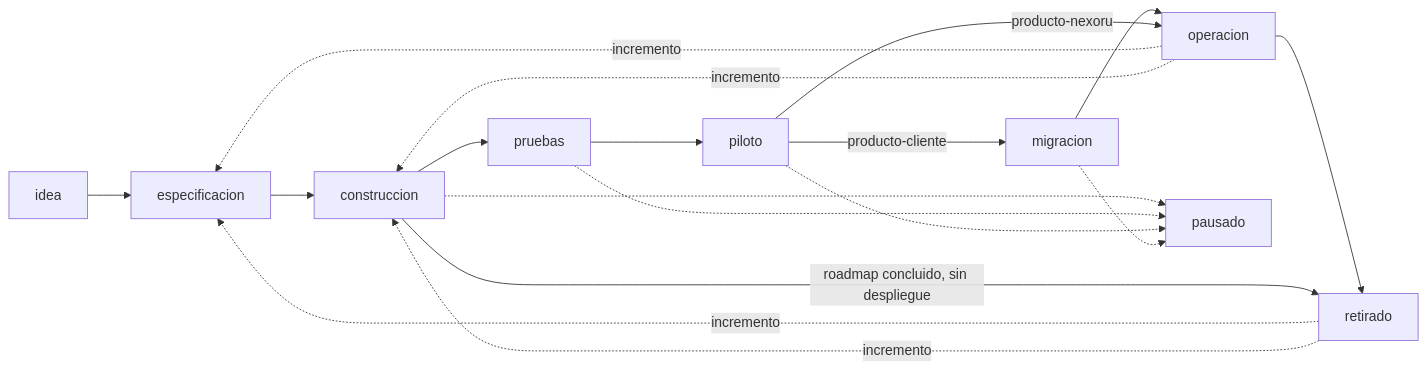
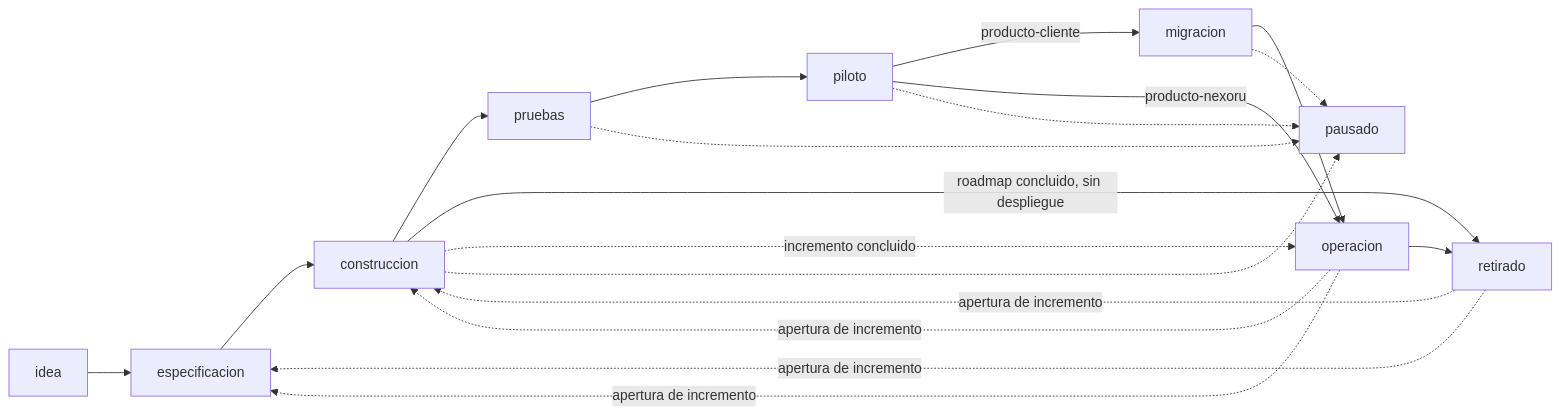
One commit to adminnexoru/nexoru-governance changed the diagram in standard/lifecycle.md. Above: the diagram before and after it, drawn with Mermaid. The commit also changed other lines of this file and 10 other files, not shown here.

````diff
--- a/standard/lifecycle.md
+++ b/standard/lifecycle.md
@@ -13,10 +13,11 @@
 ```mermaid
 flowchart LR
   I[idea] --> E[especificacion] --> C[construccion] --> P[pruebas] --> PI[piloto]
   PI -->|producto-cliente| M[migracion] --> O[operacion]
   PI -->|producto-nexoru| O
   O --> R[retirado]
   C -->|roadmap concluido, sin despliegue| R
-  O & R -. incremento .-> E & C
+  O & R -. apertura de incremento .-> E & C
+  C -. incremento concluido .-> O
   C & P & PI & M -.-> PA[pausado]
 ```
````
